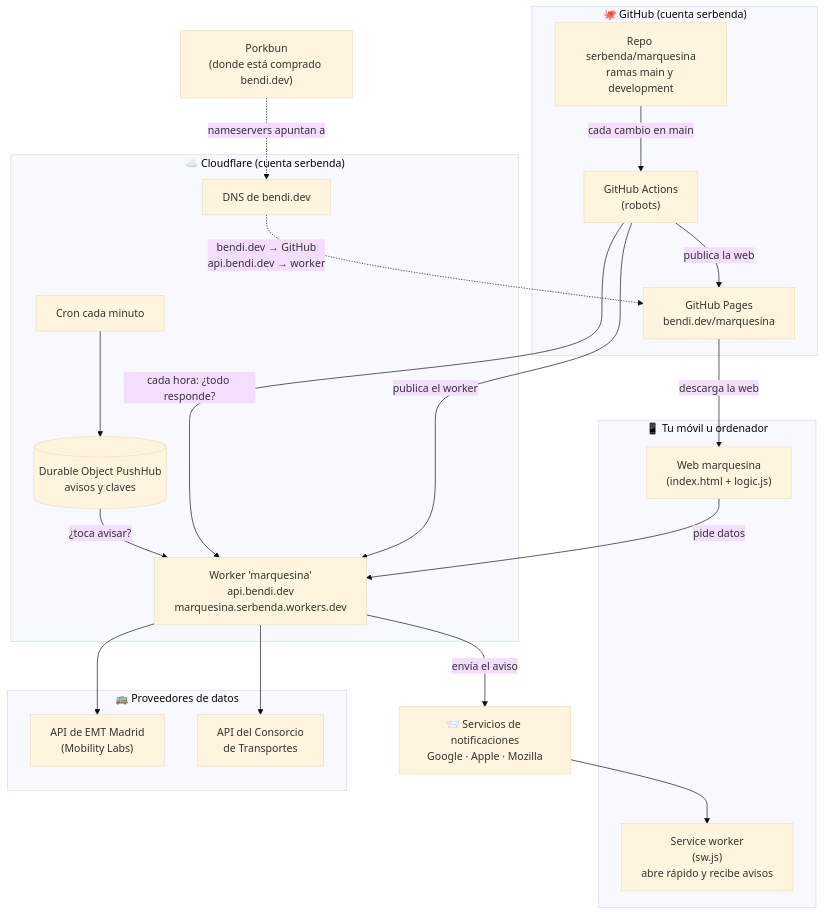
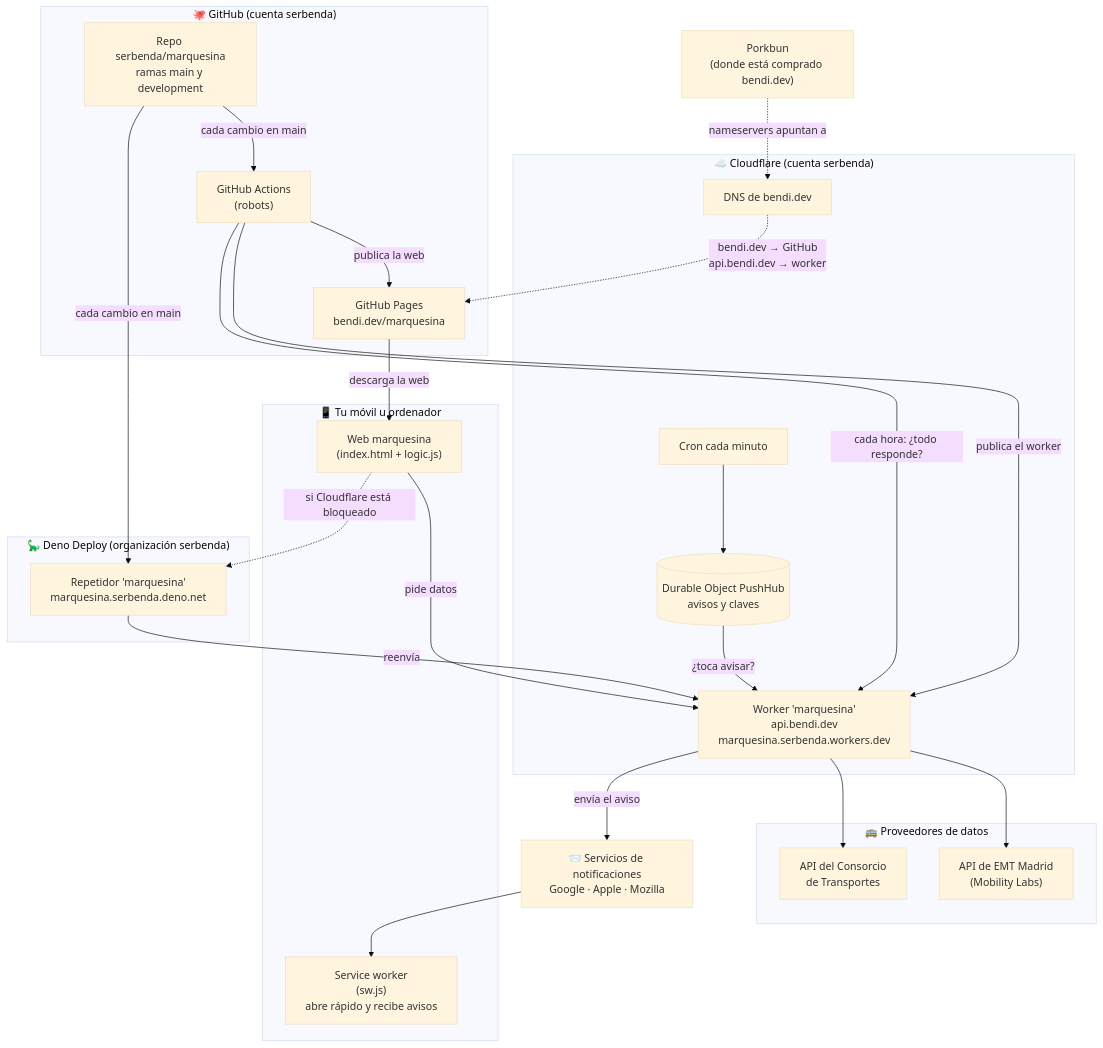
The first of 17 diagrams in docs/GUIA.md (serbenda/marquesina), drawn with Mermaid (base theme) before and after one commit. The commit also changed other lines of this file and 13 other files, not shown here.

````diff
--- a/docs/GUIA.md
+++ b/docs/GUIA.md
@@ -115,43 +134,50 @@
 ```mermaid
 flowchart TB
   subgraph Usuario["📱 Tu móvil u ordenador"]
     WEB["Web marquesina<br/>(index.html + logic.js)"]
     SW["Service worker<br/>(sw.js)<br/>abre rápido y recibe avisos"]
   end
 
   subgraph GitHub["🐙 GitHub (cuenta serbenda)"]
     REPO["Repo serbenda/marquesina<br/>ramas main y development"]
     ACT["GitHub Actions<br/>(robots)"]
     PAGES["GitHub Pages<br/>bendi.dev/marquesina"]
   end
 
   subgraph CF["☁️ Cloudflare (cuenta serbenda)"]
     DNS["DNS de bendi.dev"]
     WK["Worker 'marquesina'<br/>api.bendi.dev<br/>marquesina.serbenda.workers.dev"]
     DO[("Durable Object PushHub<br/>avisos y claves")]
     CRON["Cron cada minuto"]
   end
 
+  subgraph Deno["🦕 Deno Deploy (organización serbenda)"]
+    RL["Repetidor 'marquesina'<br/>marquesina.serbenda.deno.net"]
+  end
+
   subgraph Datos["🚌 Proveedores de datos"]
     EMT["API de EMT Madrid<br/>(Mobility Labs)"]
     CRTM["API del Consorcio<br/>de Transportes"]
   end
 
   PUSH["📨 Servicios de notificaciones<br/>Google · Apple · Mozilla"]
   PB["Porkbun<br/>(donde está comprado bendi.dev)"]
 
   REPO -- "cada cambio en main" --> ACT
   ACT -- "publica la web" --> PAGES
   ACT -- "publica el worker" --> WK
   ACT -- "cada hora: ¿todo responde?" --> WK
   PAGES -- "descarga la web" --> WEB
   WEB -- "pide datos" --> WK
+  WEB -. "si Cloudflare está bloqueado" .-> RL
+  RL -- "reenvía" --> WK
+  REPO -- "cada cambio en main" --> RL
   WK --> EMT
   WK --> CRTM
   CRON --> DO
   DO -- "¿toca avisar?" --> WK
   WK -- "envía el aviso" --> PUSH
   PUSH --> SW
   PB -. "nameservers apuntan a" .-> DNS
   DNS -. "bendi.dev → GitHub<br/>api.bendi.dev → worker" .-> PAGES
 ```
````
